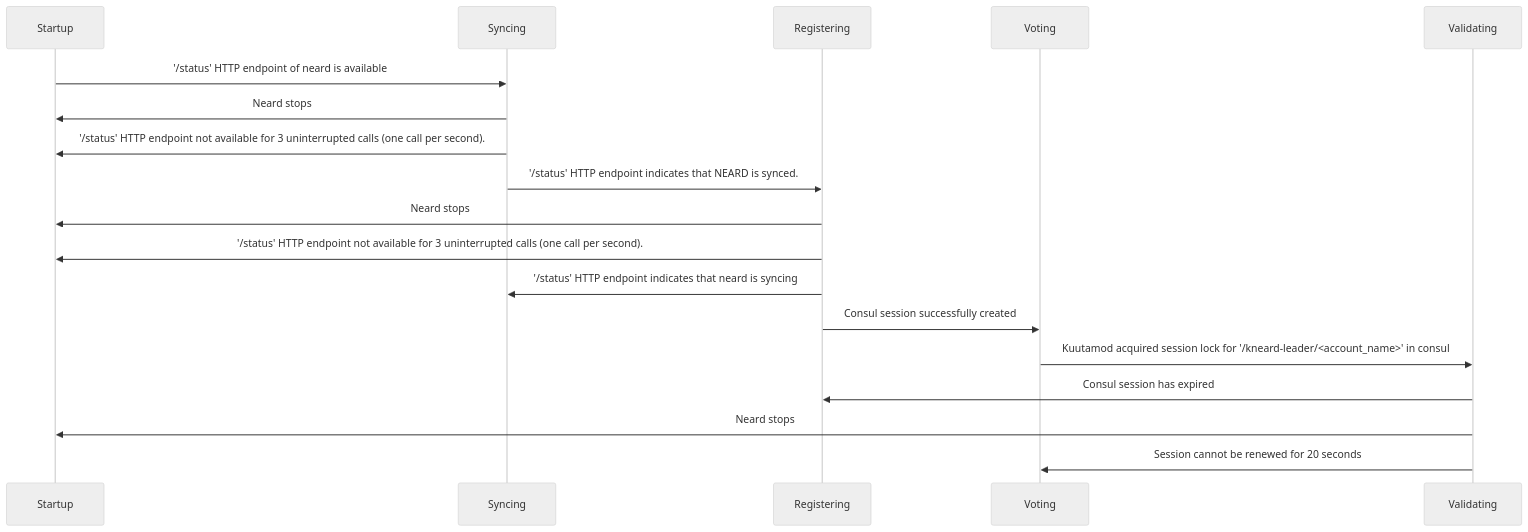
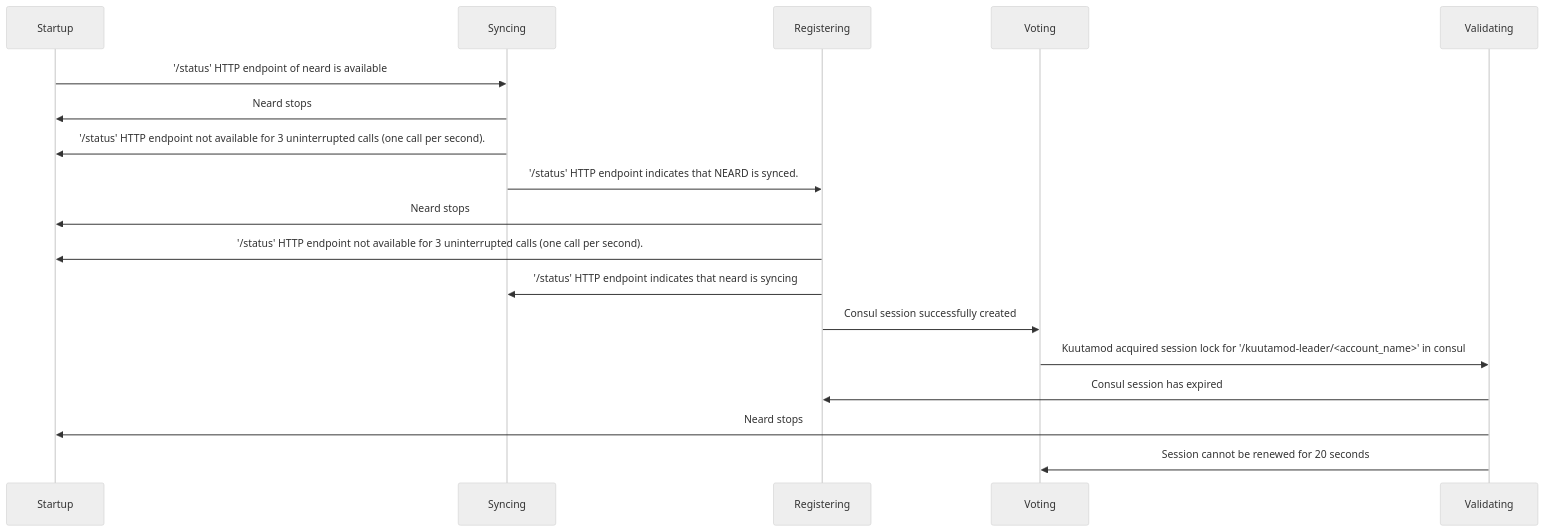
One commit to yanganto/near-staking-knd changed the diagram in docs/failover-algorithm.md. Above: the diagram before and after it, drawn with Mermaid (neutral theme). The commit also changed 2 other files, not shown here.

Commit message:
keep using `kuutamod-leader` as consul key

````diff
--- a/docs/failover-algorithm.md
+++ b/docs/failover-algorithm.md
@@ -57,20 +57,20 @@
 ```mermaid
 sequenceDiagram
     participant Startup
     participant Syncing
     participant Registering
     participant Voting
     participant Validating
     Startup->>Syncing: '/status' HTTP endpoint of neard is available
     Syncing->>Startup: Neard stops
     Syncing->>Startup: '/status' HTTP endpoint not available for 3 uninterrupted calls (one call per second).
     Syncing->>Registering: '/status' HTTP endpoint indicates that NEARD is synced.
     Registering->>Startup: Neard stops
     Registering->>Startup: '/status' HTTP endpoint not available for 3 uninterrupted calls (one call per second).
     Registering->>Syncing: '/status' HTTP endpoint indicates that neard is syncing
     Registering->>Voting: Consul session successfully created
-    Voting->>Validating: Kuutamod acquired session lock for '/kneard-leader/<account_name>' in consul
+    Voting->>Validating: Kuutamod acquired session lock for '/kuutamod-leader/<account_name>' in consul
     Validating->>Registering: Consul session has expired
     Validating->>Startup: Neard stops
     Validating->>Voting: Session cannot be renewed for 20 seconds
 ```
````
